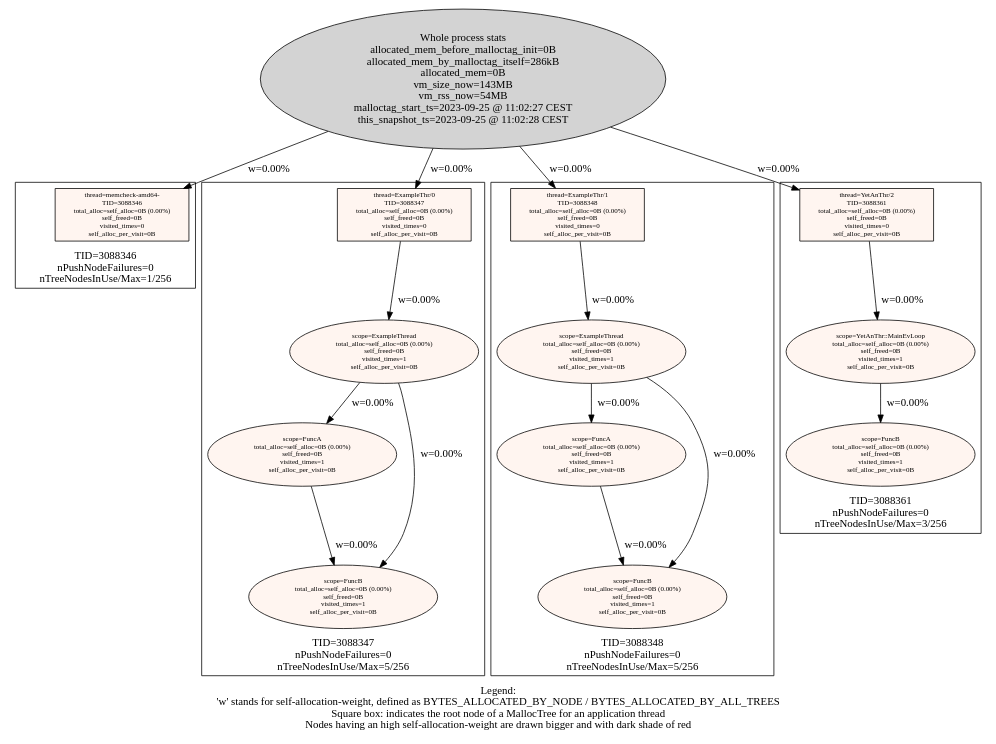
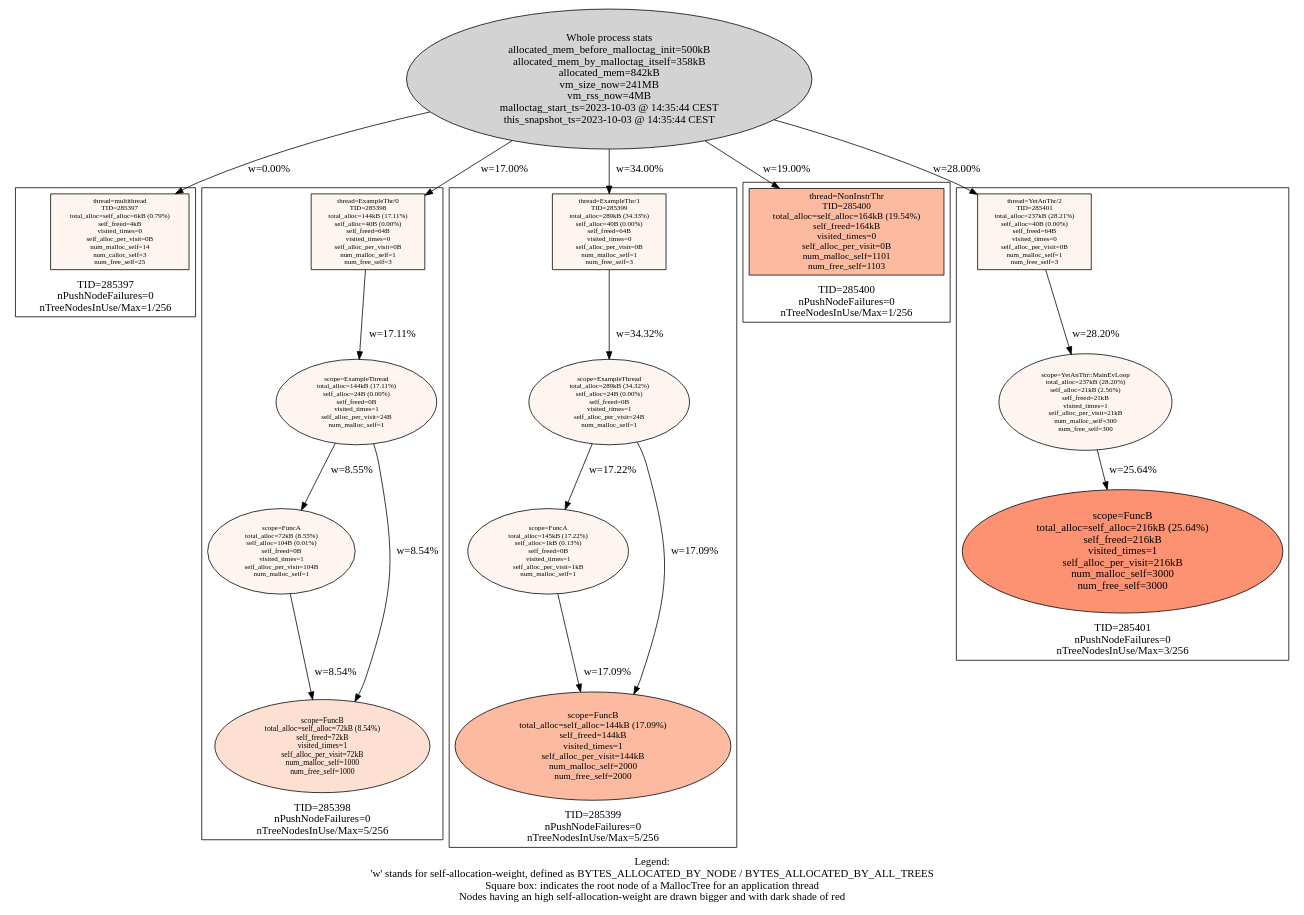
Before and after one commit to f18m/malloc-tag: the diagram in examples/multithread/multithread_stats.dot, drawn with Graphviz. The commit also changed 28 other files, not shown here.

```diff
--- a/examples/multithread/multithread_stats.dot
+++ b/examples/multithread/multithread_stats.dot
@@ -1,73 +1,82 @@
 digraph AllMallocTrees {
  node [colorscheme=reds9 style=filled]
-  "Process 3088346" [label="Whole process stats\nallocated_mem_before_malloctag_init=0B\nallocated_mem_by_malloctag_itself=286kB\nallocated_mem=0B\nvm_size_now=143MB\nvm_rss_now=54MB\nmalloctag_start_ts=2023-09-25 @ 11:02:27 CEST\nthis_snapshot_ts=2023-09-25 @ 11:02:28 CEST\n"
+  "Process 285397" [label="Whole process stats\nallocated_mem_before_malloctag_init=500kB\nallocated_mem_by_malloctag_itself=358kB\nallocated_mem=842kB\nvm_size_now=241MB\nvm_rss_now=4MB\nmalloctag_start_ts=2023-10-03 @ 14:35:44 CEST\nthis_snapshot_ts=2023-10-03 @ 14:35:44 CEST\n"
 ]
- subgraph cluster_TID3088346 {
+ subgraph cluster_TID285397 {
   node [colorscheme=reds9 style=filled]
   labelloc="b"
-  label="TID=3088346\nnPushNodeFailures=0\nnTreeNodesInUse/Max=1/256\n"
-  "3088346_memcheck-amd64-" [label="thread=memcheck-amd64-\nTID=3088346\ntotal_alloc=self_alloc=0B (0.00%)\nself_freed=0B\nvisited_times=0\nself_alloc_per_visit=0B\n"
+  label="TID=285397\nnPushNodeFailures=0\nnTreeNodesInUse/Max=1/256\n"
+  "285397_multithread" [label="thread=multithread\nTID=285397\ntotal_alloc=self_alloc=6kB (0.79%)\nself_freed=4kB\nvisited_times=0\nself_alloc_per_visit=0B\nnum_malloc_self=14\nnum_calloc_self=3\nnum_free_self=25\n"
  shape=box fillcolor=1 fontsize=9]
  }
 
-  "Process 3088346" -> "3088346_memcheck-amd64-" [label="w=0.00%"]
- subgraph cluster_TID3088347 {
+  "Process 285397" -> "285397_multithread" [label="w=0.00%"]
+ subgraph cluster_TID285398 {
   node [colorscheme=reds9 style=filled]
   labelloc="b"
-  label="TID=3088347\nnPushNodeFailures=0\nnTreeNodesInUse/Max=5/256\n"
-  "3088347_ExampleThr/0" [label="thread=ExampleThr/0\nTID=3088347\ntotal_alloc=self_alloc=0B (0.00%)\nself_freed=0B\nvisited_times=0\nself_alloc_per_visit=0B\n"
+  label="TID=285398\nnPushNodeFailures=0\nnTreeNodesInUse/Max=5/256\n"
+  "285398_ExampleThr/0" [label="thread=ExampleThr/0\nTID=285398\ntotal_alloc=144kB (17.11%)\nself_alloc=40B (0.00%)\nself_freed=64B\nvisited_times=0\nself_alloc_per_visit=0B\nnum_malloc_self=1\nnum_free_self=3\n"
  shape=box fillcolor=1 fontsize=9]
-  "3088347_ExampleThr/0" -> "3088347_ExampleThread" [label="w=0.00%"]
-  "3088347_ExampleThread" [label="scope=ExampleThread\ntotal_alloc=self_alloc=0B (0.00%)\nself_freed=0B\nvisited_times=1\nself_alloc_per_visit=0B\n"
+  "285398_ExampleThr/0" -> "285398_ExampleThread" [label="w=17.11%"]
+  "285398_ExampleThread" [label="scope=ExampleThread\ntotal_alloc=144kB (17.11%)\nself_alloc=24B (0.00%)\nself_freed=0B\nvisited_times=1\nself_alloc_per_visit=24B\nnum_malloc_self=1\n"
  fillcolor=1 fontsize=9]
-  "3088347_ExampleThread" -> "3088347_FuncA" [label="w=0.00%"]
-  "3088347_ExampleThread" -> "3088347_FuncB" [label="w=0.00%"]
-  "3088347_FuncA" [label="scope=FuncA\ntotal_alloc=self_alloc=0B (0.00%)\nself_freed=0B\nvisited_times=1\nself_alloc_per_visit=0B\n"
+  "285398_ExampleThread" -> "285398_FuncA" [label="w=8.55%"]
+  "285398_ExampleThread" -> "285398_FuncB" [label="w=8.54%"]
+  "285398_FuncA" [label="scope=FuncA\ntotal_alloc=72kB (8.55%)\nself_alloc=104B (0.01%)\nself_freed=0B\nvisited_times=1\nself_alloc_per_visit=104B\nnum_malloc_self=1\n"
  fillcolor=1 fontsize=9]
-  "3088347_FuncA" -> "3088347_FuncB" [label="w=0.00%"]
-  "3088347_FuncB" [label="scope=FuncB\ntotal_alloc=self_alloc=0B (0.00%)\nself_freed=0B\nvisited_times=1\nself_alloc_per_visit=0B\n"
- fillcolor=1 fontsize=9]
-  "3088347_FuncB" [label="scope=FuncB\ntotal_alloc=self_alloc=0B (0.00%)\nself_freed=0B\nvisited_times=1\nself_alloc_per_visit=0B\n"
- fillcolor=1 fontsize=9]
+  "285398_FuncA" -> "285398_FuncB" [label="w=8.54%"]
+  "285398_FuncB" [label="scope=FuncB\ntotal_alloc=self_alloc=72kB (8.54%)\nself_freed=72kB\nvisited_times=1\nself_alloc_per_visit=72kB\nnum_malloc_self=1000\nnum_free_self=1000\n"
+ fillcolor=2 fontsize=10]
+  "285398_FuncB" [label="scope=FuncB\ntotal_alloc=self_alloc=72kB (8.54%)\nself_freed=72kB\nvisited_times=1\nself_alloc_per_visit=72kB\nnum_malloc_self=1000\nnum_free_self=1000\n"
+ fillcolor=2 fontsize=10]
  }
 
-  "Process 3088346" -> "3088347_ExampleThr/0" [label="w=0.00%"]
- subgraph cluster_TID3088348 {
+  "Process 285397" -> "285398_ExampleThr/0" [label="w=17.00%"]
+ subgraph cluster_TID285399 {
   node [colorscheme=reds9 style=filled]
   labelloc="b"
-  label="TID=3088348\nnPushNodeFailures=0\nnTreeNodesInUse/Max=5/256\n"
-  "3088348_ExampleThr/1" [label="thread=ExampleThr/1\nTID=3088348\ntotal_alloc=self_alloc=0B (0.00%)\nself_freed=0B\nvisited_times=0\nself_alloc_per_visit=0B\n"
+  label="TID=285399\nnPushNodeFailures=0\nnTreeNodesInUse/Max=5/256\n"
+  "285399_ExampleThr/1" [label="thread=ExampleThr/1\nTID=285399\ntotal_alloc=289kB (34.33%)\nself_alloc=40B (0.00%)\nself_freed=64B\nvisited_times=0\nself_alloc_per_visit=0B\nnum_malloc_self=1\nnum_free_self=3\n"
  shape=box fillcolor=1 fontsize=9]
-  "3088348_ExampleThr/1" -> "3088348_ExampleThread" [label="w=0.00%"]
-  "3088348_ExampleThread" [label="scope=ExampleThread\ntotal_alloc=self_alloc=0B (0.00%)\nself_freed=0B\nvisited_times=1\nself_alloc_per_visit=0B\n"
+  "285399_ExampleThr/1" -> "285399_ExampleThread" [label="w=34.32%"]
+  "285399_ExampleThread" [label="scope=ExampleThread\ntotal_alloc=289kB (34.32%)\nself_alloc=24B (0.00%)\nself_freed=0B\nvisited_times=1\nself_alloc_per_visit=24B\nnum_malloc_self=1\n"
  fillcolor=1 fontsize=9]
-  "3088348_ExampleThread" -> "3088348_FuncA" [label="w=0.00%"]
-  "3088348_ExampleThread" -> "3088348_FuncB" [label="w=0.00%"]
-  "3088348_FuncA" [label="scope=FuncA\ntotal_alloc=self_alloc=0B (0.00%)\nself_freed=0B\nvisited_times=1\nself_alloc_per_visit=0B\n"
+  "285399_ExampleThread" -> "285399_FuncA" [label="w=17.22%"]
+  "285399_ExampleThread" -> "285399_FuncB" [label="w=17.09%"]
+  "285399_FuncA" [label="scope=FuncA\ntotal_alloc=145kB (17.22%)\nself_alloc=1kB (0.13%)\nself_freed=0B\nvisited_times=1\nself_alloc_per_visit=1kB\nnum_malloc_self=1\n"
  fillcolor=1 fontsize=9]
-  "3088348_FuncA" -> "3088348_FuncB" [label="w=0.00%"]
-  "3088348_FuncB" [label="scope=FuncB\ntotal_alloc=self_alloc=0B (0.00%)\nself_freed=0B\nvisited_times=1\nself_alloc_per_visit=0B\n"
- fillcolor=1 fontsize=9]
-  "3088348_FuncB" [label="scope=FuncB\ntotal_alloc=self_alloc=0B (0.00%)\nself_freed=0B\nvisited_times=1\nself_alloc_per_visit=0B\n"
- fillcolor=1 fontsize=9]
+  "285399_FuncA" -> "285399_FuncB" [label="w=17.09%"]
+  "285399_FuncB" [label="scope=FuncB\ntotal_alloc=self_alloc=144kB (17.09%)\nself_freed=144kB\nvisited_times=1\nself_alloc_per_visit=144kB\nnum_malloc_self=2000\nnum_free_self=2000\n"
+ fillcolor=3 fontsize=12]
+  "285399_FuncB" [label="scope=FuncB\ntotal_alloc=self_alloc=144kB (17.09%)\nself_freed=144kB\nvisited_times=1\nself_alloc_per_visit=144kB\nnum_malloc_self=2000\nnum_free_self=2000\n"
+ fillcolor=3 fontsize=12]
  }
 
-  "Process 3088346" -> "3088348_ExampleThr/1" [label="w=0.00%"]
- subgraph cluster_TID3088361 {
+  "Process 285397" -> "285399_ExampleThr/1" [label="w=34.00%"]
+ subgraph cluster_TID285400 {
   node [colorscheme=reds9 style=filled]
   labelloc="b"
-  label="TID=3088361\nnPushNodeFailures=0\nnTreeNodesInUse/Max=3/256\n"
-  "3088361_YetAnThr/2" [label="thread=YetAnThr/2\nTID=3088361\ntotal_alloc=self_alloc=0B (0.00%)\nself_freed=0B\nvisited_times=0\nself_alloc_per_visit=0B\n"
- shape=box fillcolor=1 fontsize=9]
-  "3088361_YetAnThr/2" -> "3088361_YetAnThr::MainEvLoop" [label="w=0.00%"]
-  "3088361_YetAnThr::MainEvLoop" [label="scope=YetAnThr::MainEvLoop\ntotal_alloc=self_alloc=0B (0.00%)\nself_freed=0B\nvisited_times=1\nself_alloc_per_visit=0B\n"
- fillcolor=1 fontsize=9]
-  "3088361_YetAnThr::MainEvLoop" -> "3088361_FuncB" [label="w=0.00%"]
-  "3088361_FuncB" [label="scope=FuncB\ntotal_alloc=self_alloc=0B (0.00%)\nself_freed=0B\nvisited_times=1\nself_alloc_per_visit=0B\n"
- fillcolor=1 fontsize=9]
+  label="TID=285400\nnPushNodeFailures=0\nnTreeNodesInUse/Max=1/256\n"
+  "285400_NonInstrThr" [label="thread=NonInstrThr\nTID=285400\ntotal_alloc=self_alloc=164kB (19.54%)\nself_freed=164kB\nvisited_times=0\nself_alloc_per_visit=0B\nnum_malloc_self=1101\nnum_free_self=1103\n"
+ shape=box fillcolor=3 fontsize=12]
  }
 
-  "Process 3088346" -> "3088361_YetAnThr/2" [label="w=0.00%"]
+  "Process 285397" -> "285400_NonInstrThr" [label="w=19.00%"]
+ subgraph cluster_TID285401 {
+  node [colorscheme=reds9 style=filled]
+  labelloc="b"
+  label="TID=285401\nnPushNodeFailures=0\nnTreeNodesInUse/Max=3/256\n"
+  "285401_YetAnThr/2" [label="thread=YetAnThr/2\nTID=285401\ntotal_alloc=237kB (28.21%)\nself_alloc=40B (0.00%)\nself_freed=64B\nvisited_times=0\nself_alloc_per_visit=0B\nnum_malloc_self=1\nnum_free_self=3\n"
+ shape=box fillcolor=1 fontsize=9]
+  "285401_YetAnThr/2" -> "285401_YetAnThr::MainEvLoop" [label="w=28.20%"]
+  "285401_YetAnThr::MainEvLoop" [label="scope=YetAnThr::MainEvLoop\ntotal_alloc=237kB (28.20%)\nself_alloc=21kB (2.56%)\nself_freed=21kB\nvisited_times=1\nself_alloc_per_visit=21kB\nnum_malloc_self=300\nnum_free_self=300\n"
+ fillcolor=1 fontsize=9]
+  "285401_YetAnThr::MainEvLoop" -> "285401_FuncB" [label="w=25.64%"]
+  "285401_FuncB" [label="scope=FuncB\ntotal_alloc=self_alloc=216kB (25.64%)\nself_freed=216kB\nvisited_times=1\nself_alloc_per_visit=216kB\nnum_malloc_self=3000\nnum_free_self=3000\n"
+ fillcolor=4 fontsize=14]
+ }
+
+  "Process 285397" -> "285401_YetAnThr/2" [label="w=28.00%"]
  labelloc="b"
  label="Legend:\n'w' stands for self-allocation-weight, defined as BYTES_ALLOCATED_BY_NODE / BYTES_ALLOCATED_BY_ALL_TREES\nSquare box: indicates the root node of a MallocTree for an application thread\nNodes having an high self-allocation-weight are drawn bigger and with dark shade of red\n"
 }
```
